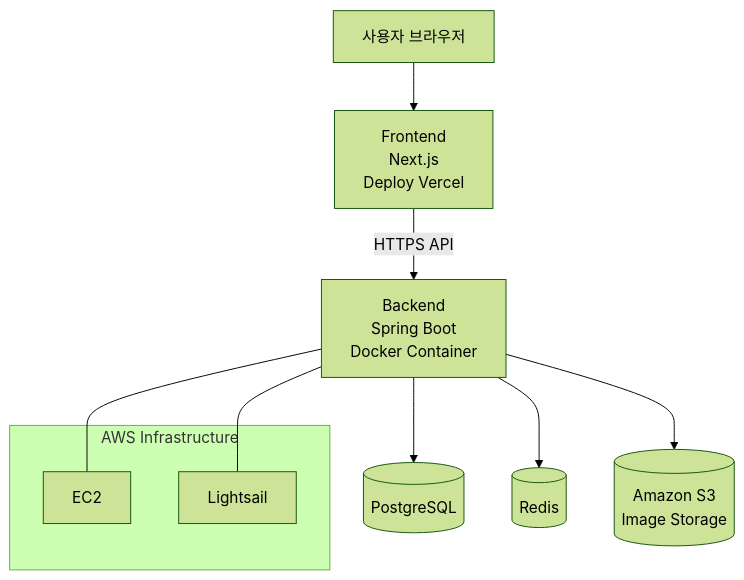
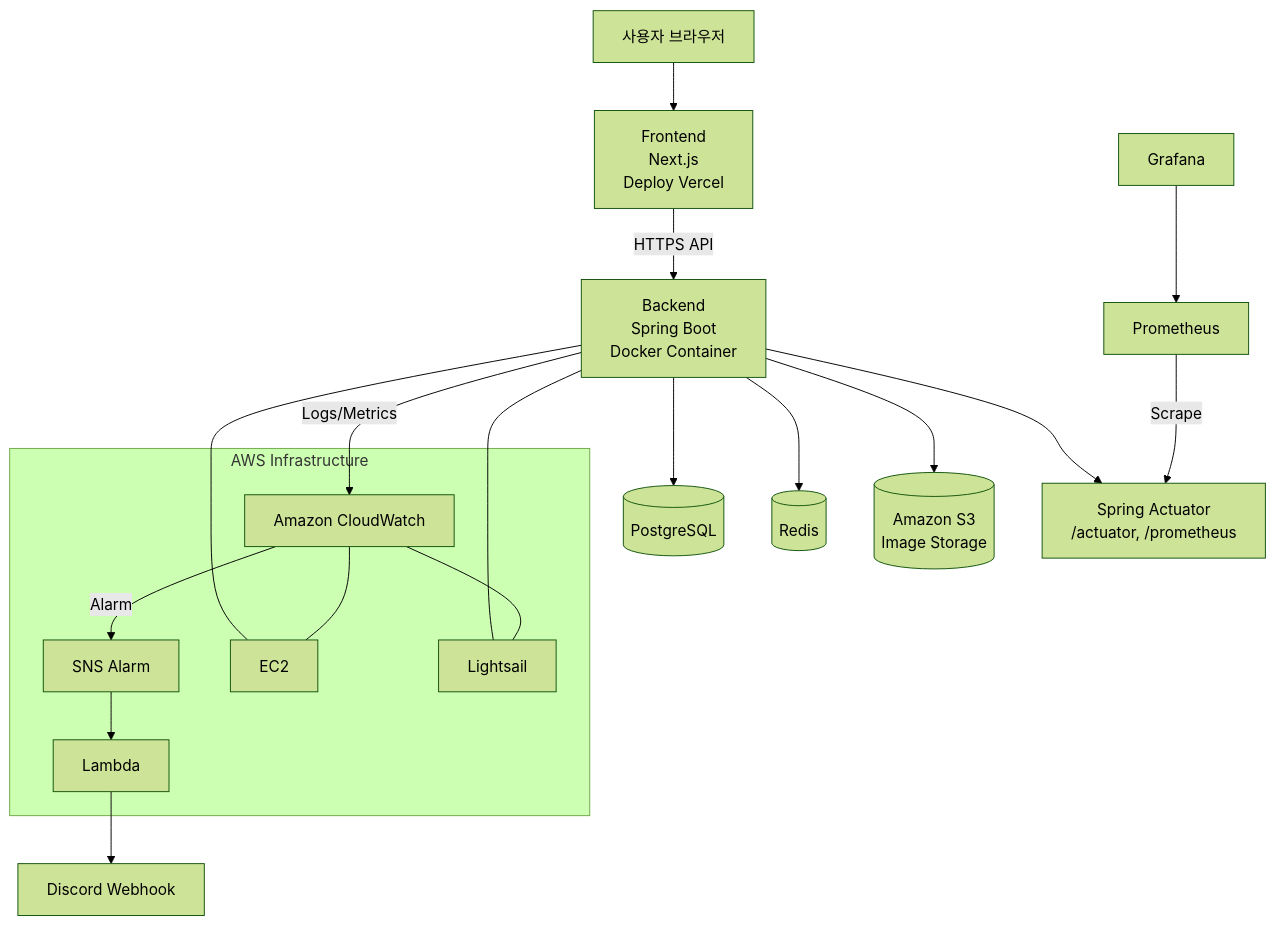
The first of 3 diagrams in README.md (openmpy/runner-wiki), drawn with Mermaid (forest theme) before and after one commit. The commit also changed other lines of this file, not shown here.

First line of the commit message:
docs: README에 사용 기술 및 아키텍처 다이어그램 업데이트

````diff
--- a/README.md
+++ b/README.md
@@ -32,23 +46,42 @@
 ```mermaid
 flowchart TB
     U[사용자 브라우저]
     FE[Frontend<br/>Next.js<br/>Deploy Vercel]
     BE[Backend<br/>Spring Boot<br/>Docker Container]
     PG[(PostgreSQL)]
     RD[(Redis)]
     S3[(Amazon S3<br/>Image Storage)]
     U --> FE
     FE -->|HTTPS API| BE
     BE --> PG
     BE --> RD
     BE --> S3
+%% Monitoring & Metrics
+    ACT[Spring Actuator<br/>/actuator, /prometheus]
+    PROM[Prometheus]
+    GRAF[Grafana]
+    CW[Amazon CloudWatch]
+    SNS[SNS Alarm]
+    LAMBDA[Lambda]
+    DISCORD[Discord Webhook]
+    BE --> ACT
+    PROM -->|Scrape| ACT
+    GRAF --> PROM
+    BE -->|Logs/Metrics| CW
+    CW -->|Alarm| SNS
+    SNS --> LAMBDA
+    LAMBDA --> DISCORD
 
     subgraph AWS Infrastructure
         EC2[EC2]
         LS[Lightsail]
+        CW
+        SNS
+        LAMBDA
     end
 
     BE --- EC2
     BE --- LS
-
+    CW --- EC2
+    CW --- LS
 ```
````
